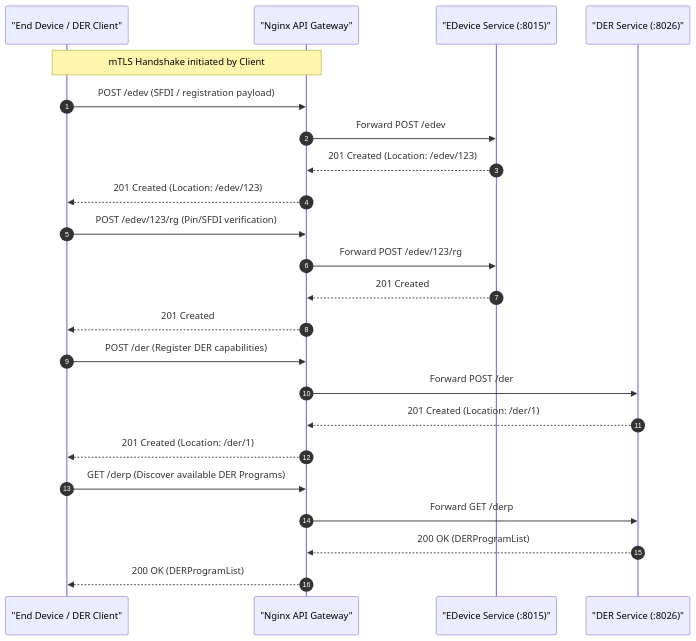
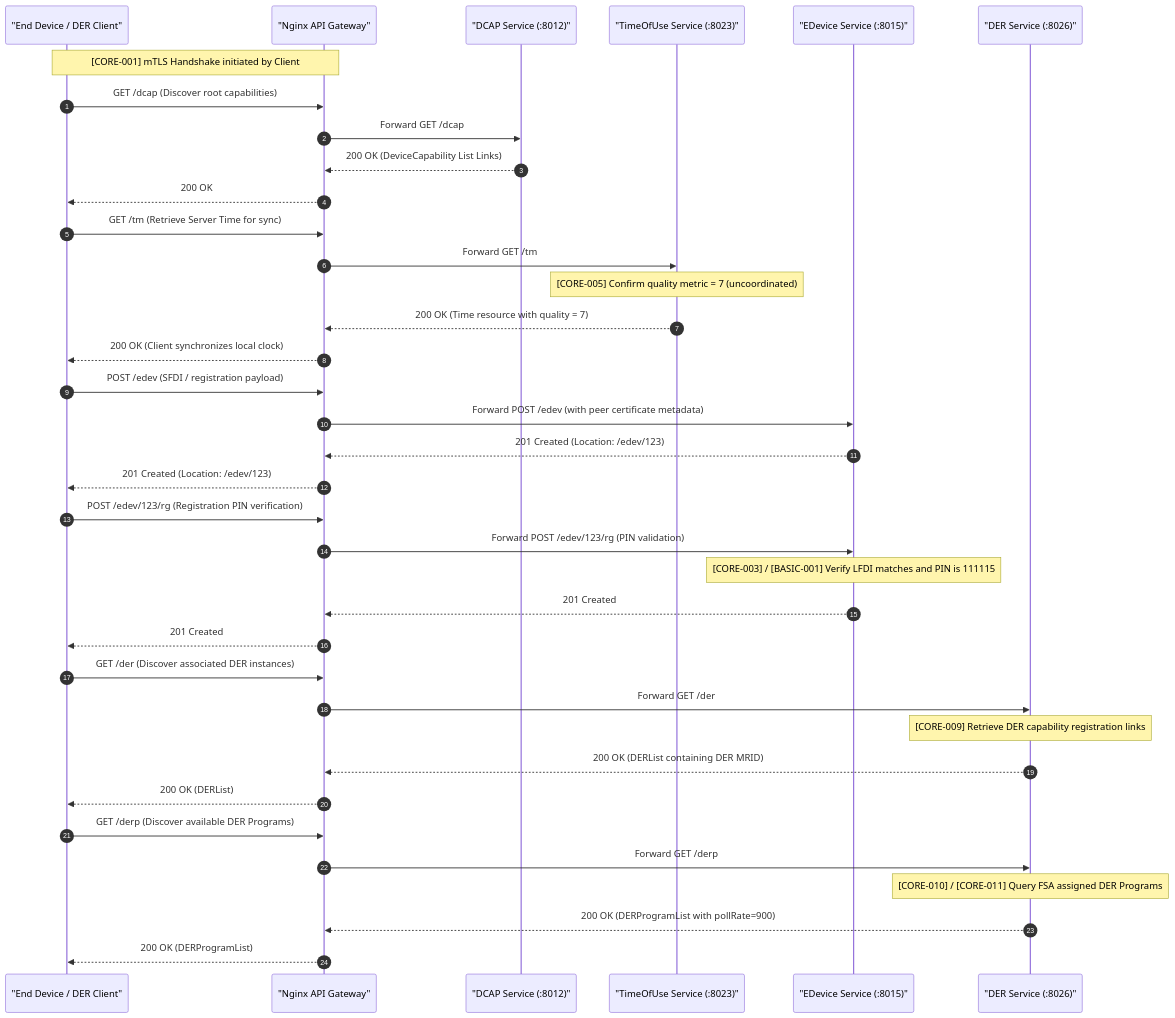
The first of 6 diagrams in lifecycles/voltage_management.md (Tylores/egot), drawn with Mermaid before and after one commit. The commit also changed other lines of this file and 68 other files, not shown here.

Commit message:
refactor: migrate to microservices architecture, add validation tools and scenario tests

````diff
--- a/lifecycles/voltage_management.md
+++ b/lifecycles/voltage_management.md
@@ -11,29 +11,46 @@
 ```mermaid
 sequenceDiagram
     autonumber
     participant Client as "End Device / DER Client"
     participant GW as "Nginx API Gateway"
+    participant DCAP as "DCAP Service (:8012)"
+    participant TimeOfUse as "TimeOfUse Service (:8023)"
     participant EDev as "EDevice Service (:8015)"
     participant DER as "DER Service (:8026)"
 
-    Note over Client, GW: mTLS Handshake initiated by Client
+    Note over Client, GW: [CORE-001] mTLS Handshake initiated by Client
+    
+    Client->>GW: GET /dcap (Discover root capabilities)
+    GW->>DCAP: Forward GET /dcap
+    DCAP-->>GW: 200 OK (DeviceCapability List Links)
+    GW-->>Client: 200 OK
+    
+    Client->>GW: GET /tm (Retrieve Server Time for sync)
+    GW->>TimeOfUse: Forward GET /tm
+    Note over TimeOfUse: [CORE-005] Confirm quality metric = 7 (uncoordinated)
+    TimeOfUse-->>GW: 200 OK (Time resource with quality = 7)
+    GW-->>Client: 200 OK (Client synchronizes local clock)
+
     Client->>GW: POST /edev (SFDI / registration payload)
-    GW->>EDev: Forward POST /edev
+    GW->>EDev: Forward POST /edev (with peer certificate metadata)
     EDev-->>GW: 201 Created (Location: /edev/123)
     GW-->>Client: 201 Created (Location: /edev/123)
 
-    Client->>GW: POST /edev/123/rg (Pin/SFDI verification)
-    GW->>EDev: Forward POST /edev/123/rg
+    Client->>GW: POST /edev/123/rg (Registration PIN verification)
+    GW->>EDev: Forward POST /edev/123/rg (PIN validation)
+    Note over EDev: [CORE-003] / [BASIC-001] Verify LFDI matches and PIN is 111115
     EDev-->>GW: 201 Created
     GW-->>Client: 201 Created
 
-    Client->>GW: POST /der (Register DER capabilities)
-    GW->>DER: Forward POST /der
-    DER-->>GW: 201 Created (Location: /der/1)
-    GW-->>Client: 201 Created (Location: /der/1)
+    Client->>GW: GET /der (Discover associated DER instances)
+    GW->>DER: Forward GET /der
+    Note over DER: [CORE-009] Retrieve DER capability registration links
+    DER-->>GW: 200 OK (DERList containing DER MRID)
+    GW-->>Client: 200 OK (DERList)
 
     Client->>GW: GET /derp (Discover available DER Programs)
     GW->>DER: Forward GET /derp
-    DER-->>GW: 200 OK (DERProgramList)
+    Note over DER: [CORE-010] / [CORE-011] Query FSA assigned DER Programs
+    DER-->>GW: 200 OK (DERProgramList with pollRate=900)
     GW-->>Client: 200 OK (DERProgramList)
 ```
````
